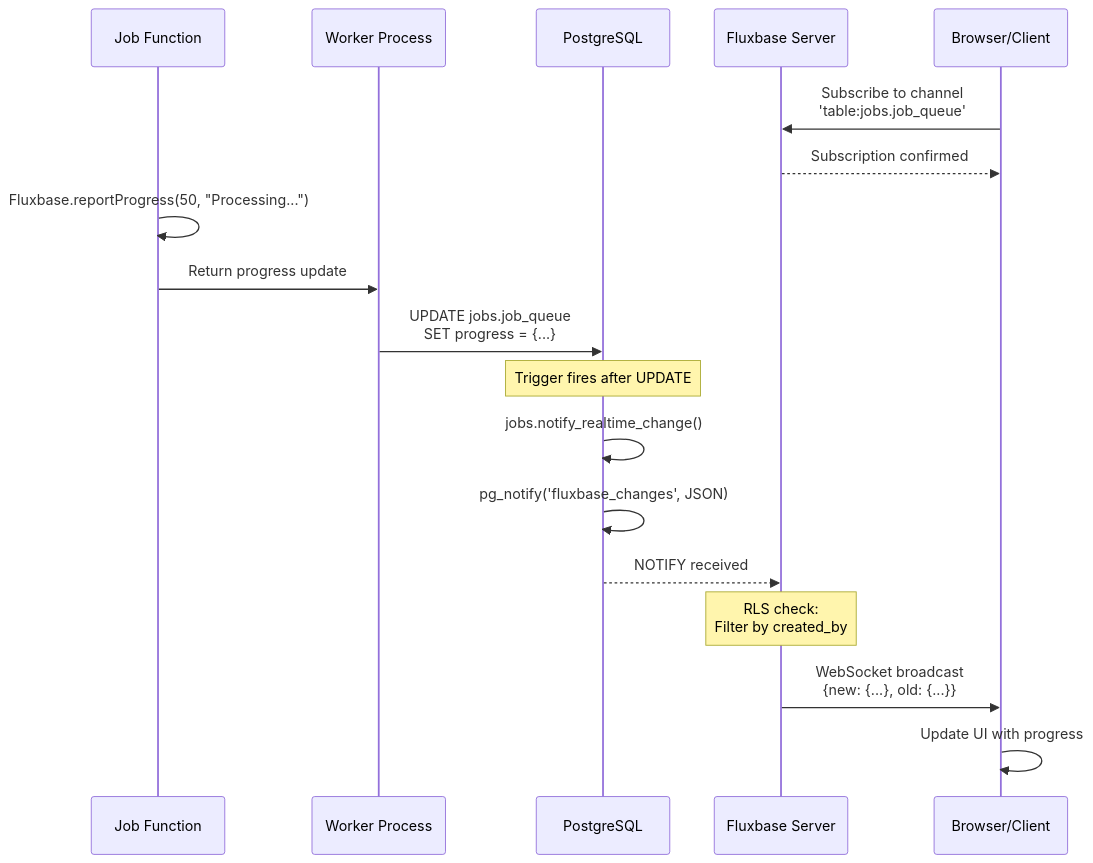
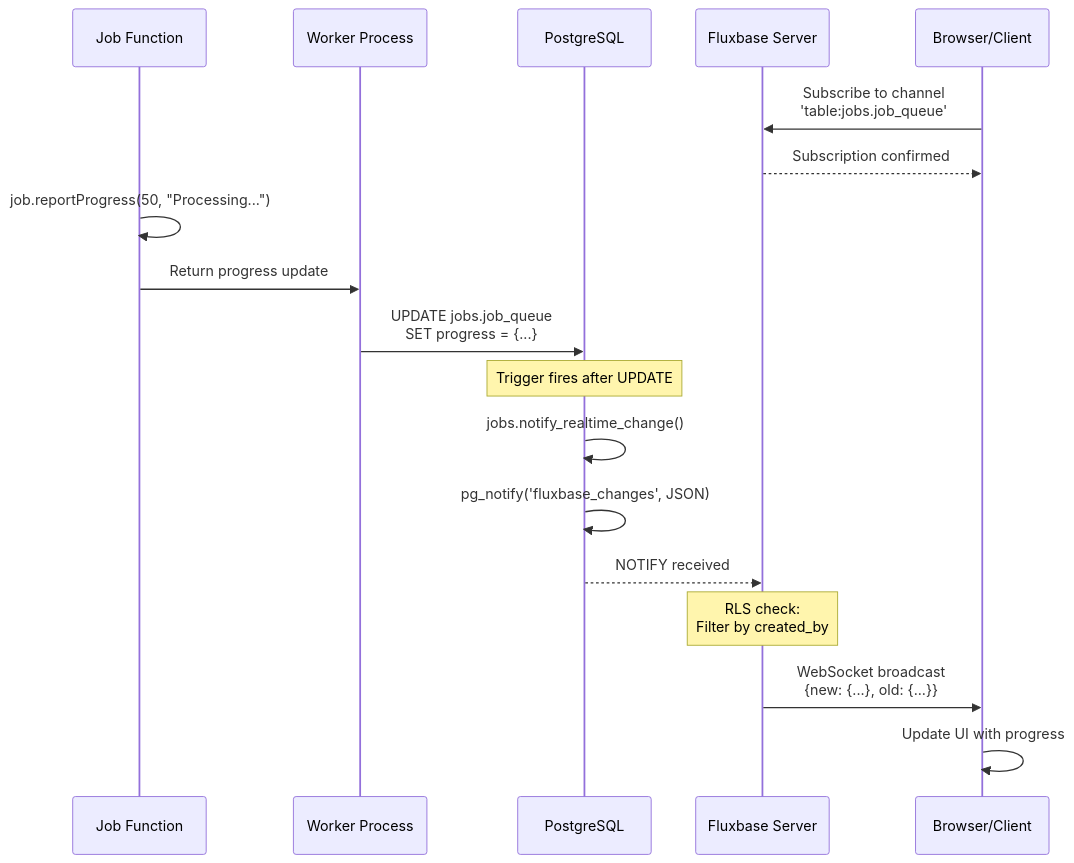
Before and after one commit to wayli-app/fluxbase: the second of 6 diagrams in docs/docs/guides/jobs.md, drawn with Mermaid. The commit also changed other lines of this file and 26 other files, not shown here.

````diff
--- a/docs/docs/guides/jobs.md
+++ b/docs/docs/guides/jobs.md
@@ -398,25 +398,25 @@
 ```mermaid
 sequenceDiagram
     participant Job as Job Function
     participant Worker as Worker Process
     participant DB as PostgreSQL
     participant Server as Fluxbase Server
     participant Client as Browser/Client
 
     Client->>Server: Subscribe to channel<br/>'table:jobs.job_queue'
     Server-->>Client: Subscription confirmed
 
-    Job->>Job: Fluxbase.reportProgress(50, "Processing...")
+    Job->>Job: job.reportProgress(50, "Processing...")
     Job->>Worker: Return progress update
     Worker->>DB: UPDATE jobs.job_queue<br/>SET progress = {...}
 
     Note over DB: Trigger fires after UPDATE
     DB->>DB: jobs.notify_realtime_change()
     DB->>DB: pg_notify('fluxbase_changes', JSON)
 
     DB-->>Server: NOTIFY received
     Note over Server: RLS check:<br/>Filter by created_by
 
     Server->>Client: WebSocket broadcast<br/>{new: {...}, old: {...}}
     Client->>Client: Update UI with progress
 ```
````
